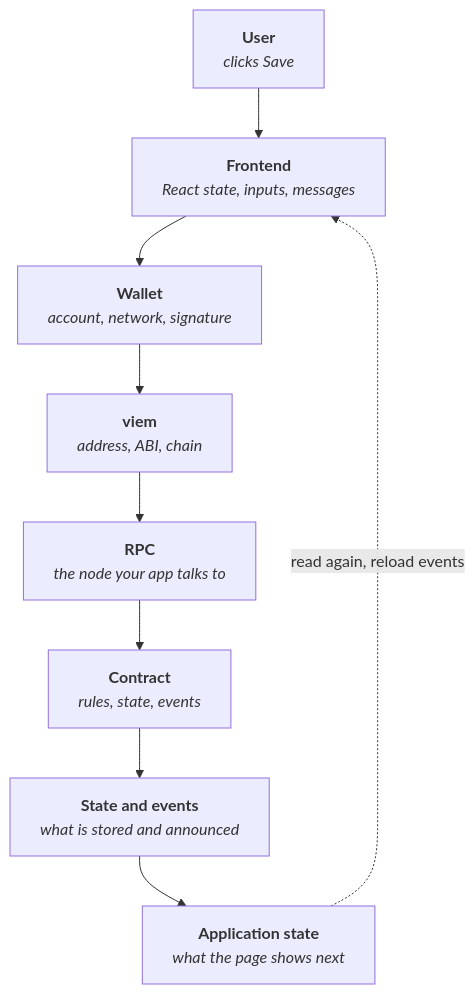
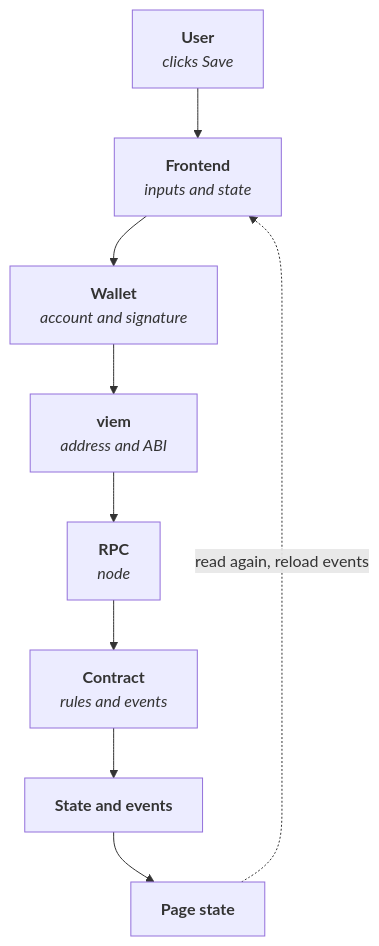
Before and after one commit to Blockchain-NTU-SG/academy-handbook: the diagram in docs/tracks/builder/week-5/part-6-end-to-end-vertical-slice.md, drawn with Mermaid. The commit also changed other lines of this file and 14 other files, not shown here.

````diff
--- a/docs/tracks/builder/week-5/part-6-end-to-end-vertical-slice.md
+++ b/docs/tracks/builder/week-5/part-6-end-to-end-vertical-slice.md
@@ -67,13 +67,15 @@
 ```mermaid
 flowchart TD
+  accTitle: End-to-end vertical slice
+  accDescr: A user click travels through the frontend, wallet, viem, RPC and contract, which changes state and emits events; the page then reads the result back into application state.
   U["<b>User</b><br/><i>clicks Save</i>"]
-  F["<b>Frontend</b><br/><i>React state, inputs, messages</i>"]
-  W["<b>Wallet</b><br/><i>account, network, signature</i>"]
-  V["<b>viem</b><br/><i>address, ABI, chain</i>"]
-  R["<b>RPC</b><br/><i>the node your app talks to</i>"]
-  C["<b>Contract</b><br/><i>rules, state, events</i>"]
-  S["<b>State and events</b><br/><i>what is stored and announced</i>"]
-  A["<b>Application state</b><br/><i>what the page shows next</i>"]
+  F["<b>Frontend</b><br/><i>inputs and state</i>"]
+  W["<b>Wallet</b><br/><i>account and signature</i>"]
+  V["<b>viem</b><br/><i>address and ABI</i>"]
+  R["<b>RPC</b><br/><i>node</i>"]
+  C["<b>Contract</b><br/><i>rules and events</i>"]
+  S["<b>State and events</b>"]
+  A["<b>Page state</b>"]
   U --> F --> W --> V --> R --> C --> S --> A
   A -.->|"read again, reload events"| F
 ```
````
